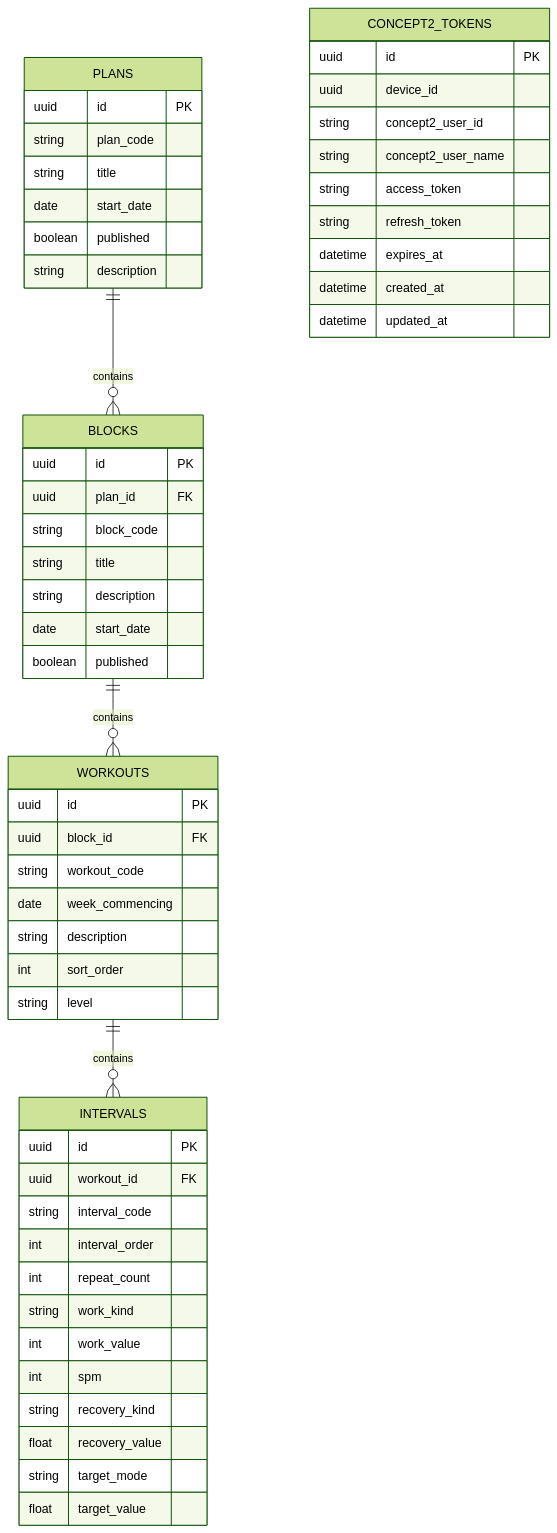
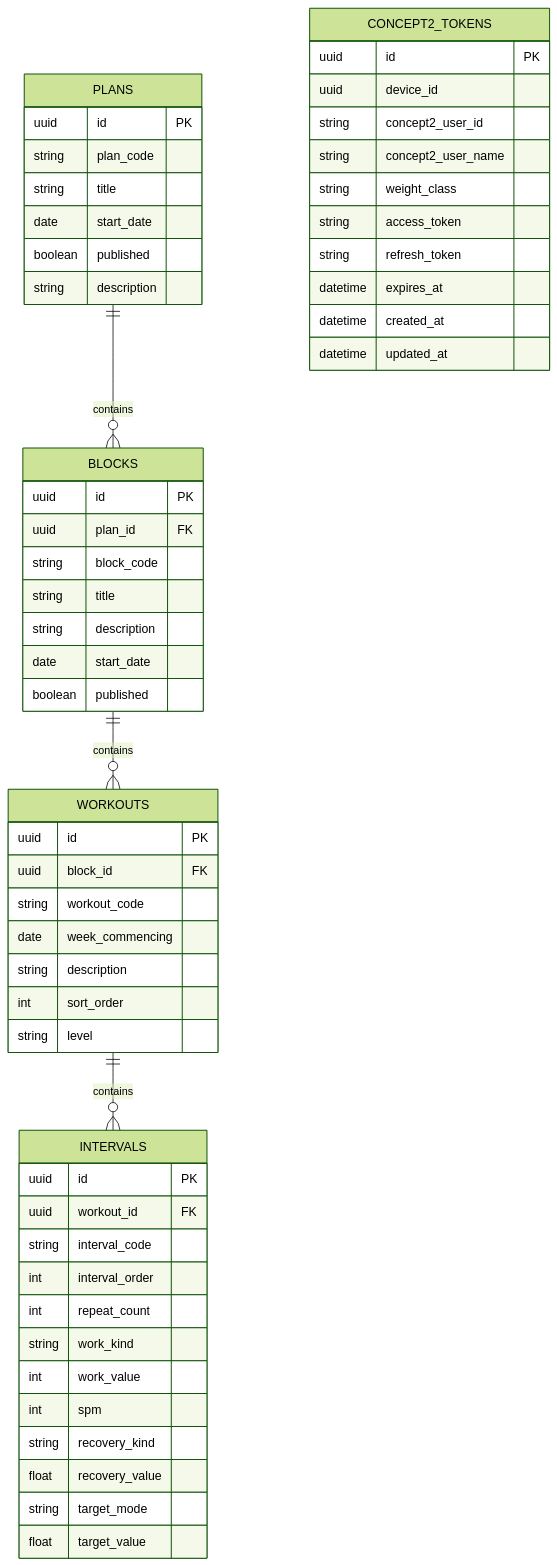
Before and after one commit to dxdavidson/nbrctraining: the diagram in docs/database-schema.md, drawn with Mermaid (forest theme). The commit also changed 13 other files, not shown here.

````diff
--- a/docs/database-schema.md
+++ b/docs/database-schema.md
@@ -1,57 +1,58 @@
 ```mermaid
 erDiagram
 	PLANS {
         uuid id PK
 		string plan_code
 		string title
 		date start_date
 		boolean published
 		string description
 	}
 	BLOCKS {
 		uuid id PK
         uuid plan_id FK
 		string block_code 
 		string title
 		string description
 		date start_date
 		boolean published
 	}
 	WORKOUTS {
         uuid id PK
         uuid block_id FK		
 		string workout_code
 		date week_commencing
 		string description
 		int sort_order
 		string level
 	}
 	INTERVALS {
         uuid id PK
         uuid workout_id FK		
 		string interval_code
 		int interval_order
 		int repeat_count
 		string work_kind
 		int work_value
 		int spm
 		string recovery_kind
 		float recovery_value
 		string target_mode
 		float target_value
 	}
 	CONCEPT2_TOKENS {
         uuid id PK
         uuid device_id
         string concept2_user_id
 		string concept2_user_name
+		string weight_class
         string access_token
         string refresh_token
         datetime expires_at
         datetime created_at
         datetime updated_at
 	}
 	PLANS ||--o{ BLOCKS : contains
 	BLOCKS ||--o{ WORKOUTS : contains
 	WORKOUTS ||--o{ INTERVALS : contains
 ```
````
